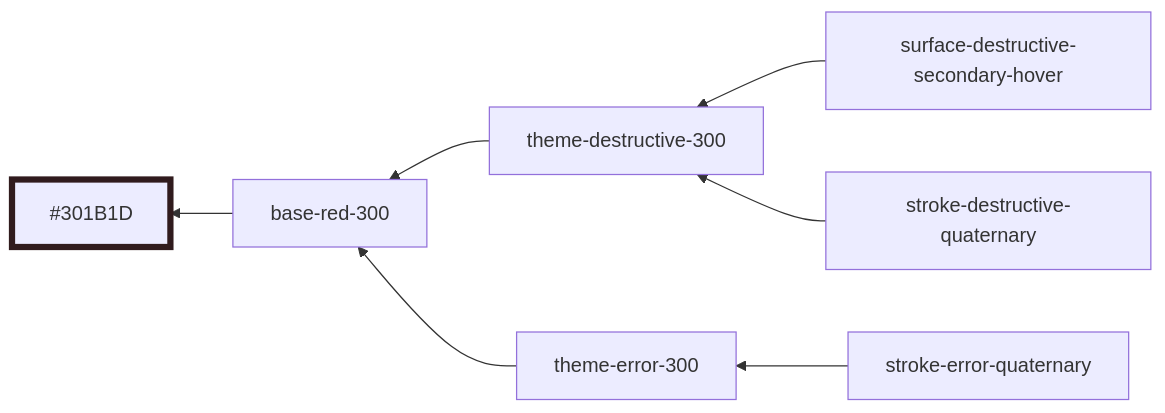
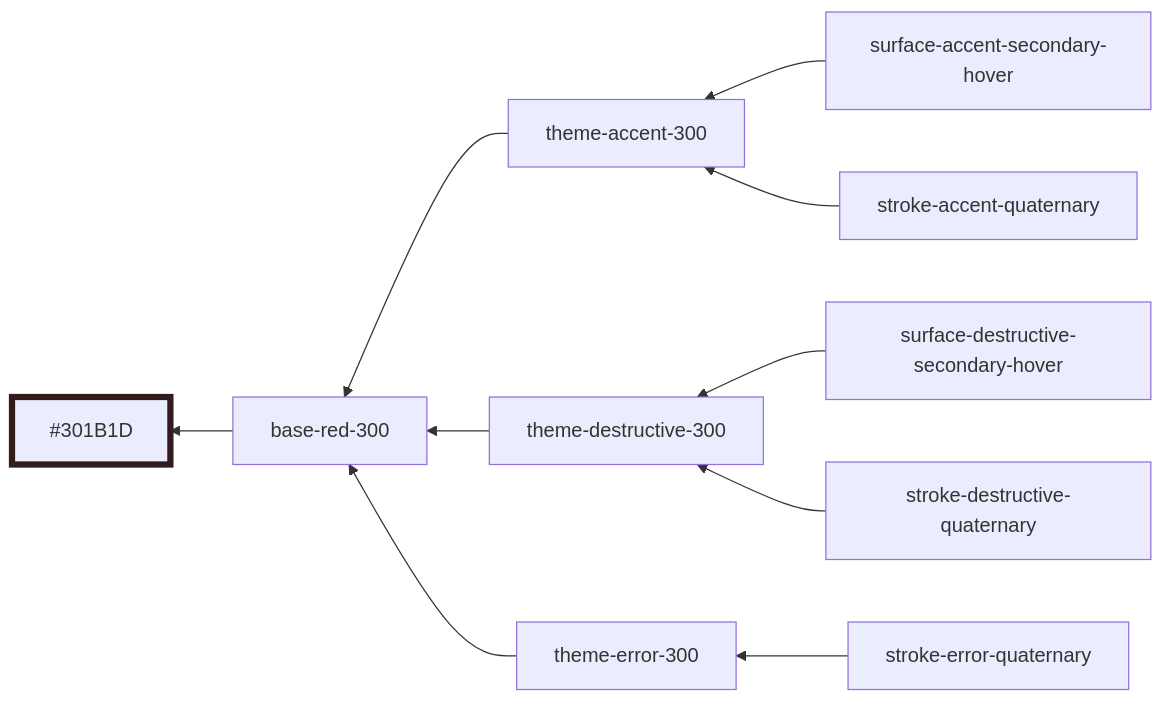
One commit to oxidecomputer/design-system changed diagram 19 of 51 in styles/dist/red.md. Above: the diagram before and after it, drawn with Mermaid. The commit also changed other lines of this file and 2 other files, not shown here.

Commit message:
Fix red theme

````diff
--- a/styles/dist/red.md
+++ b/styles/dist/red.md
@@ -239,11 +217,14 @@
 ```mermaid
 graph RL
   base-red-300 --> #301B1D:::base-red-300
+  surface-accent-secondary-hover --> theme-accent-300
   surface-destructive-secondary-hover --> theme-destructive-300
+  stroke-accent-quaternary --> theme-accent-300
   stroke-destructive-quaternary --> theme-destructive-300
   stroke-error-quaternary --> theme-error-300
+  theme-accent-300 --> base-red-300
   theme-destructive-300 --> base-red-300
   theme-error-300 --> base-red-300
 
 	classDef base-red-300 stroke-width:5,stroke:#301B1D
 ```
````
